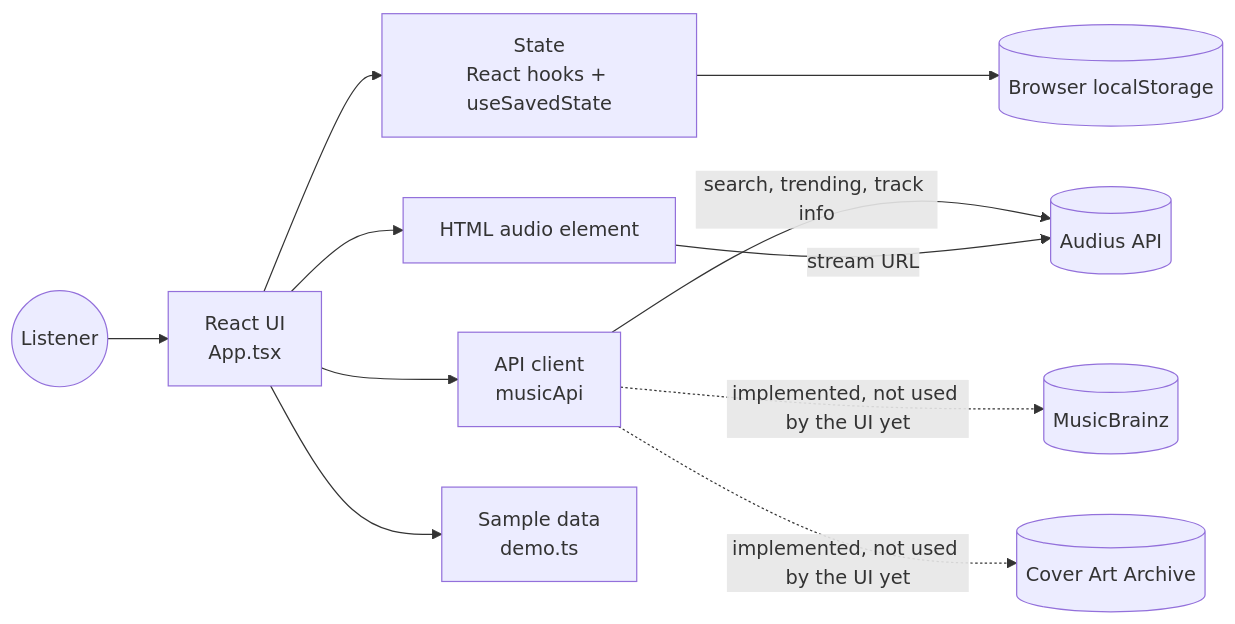
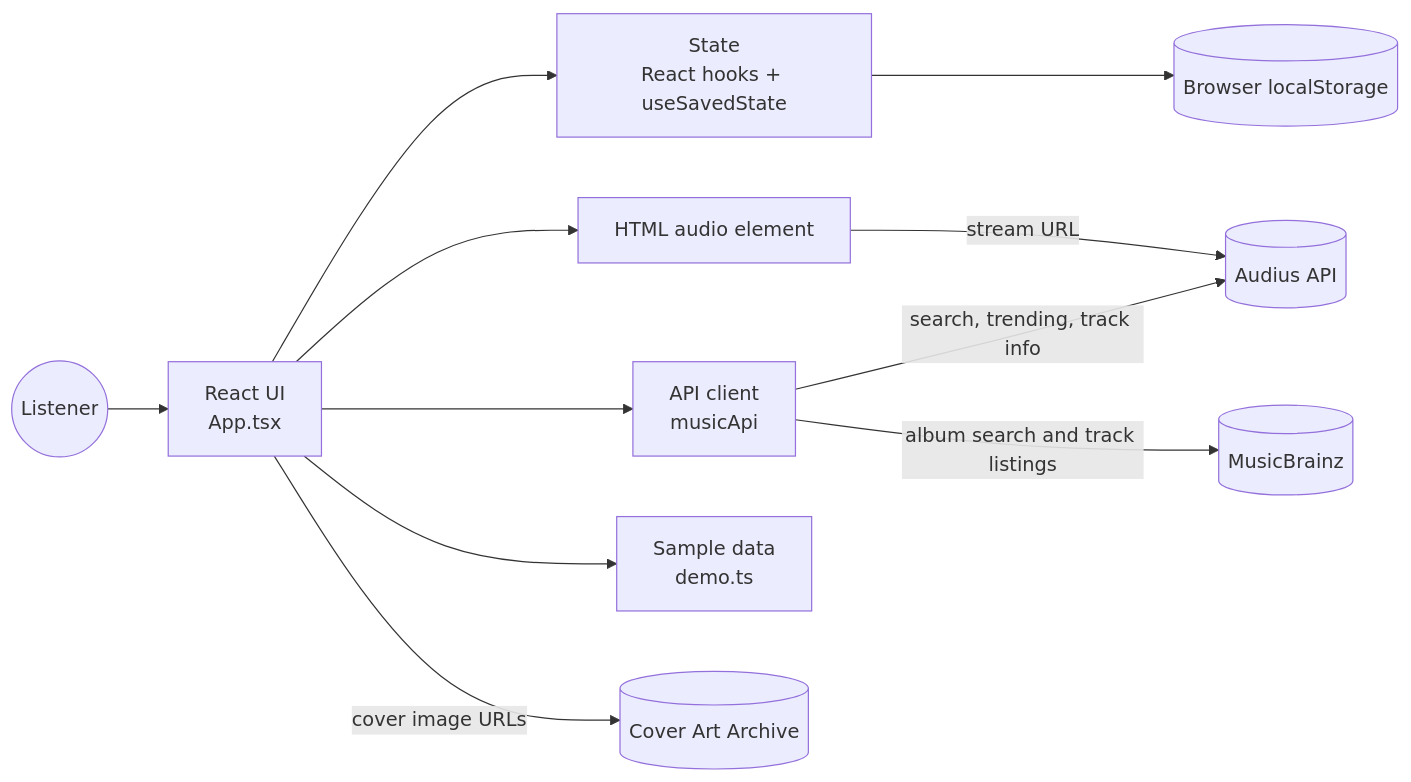
The first of 3 diagrams in architecture.md (baxodirabdugafforov7newuu/music-lab), drawn with Mermaid before and after one commit. The commit also changed other lines of this file and 24 other files, not shown here.

````diff
--- a/architecture.md
+++ b/architecture.md
@@ -20,13 +20,13 @@
 ```mermaid
 flowchart LR
   User((Listener)) --> UI[React UI<br/>App.tsx]
   UI --> State[State<br/>React hooks + useSavedState]
   State --> LS[(Browser localStorage)]
   UI --> API[API client<br/>musicApi]
   API -->|search, trending, track info| Audius[(Audius API)]
   UI --> Audio[HTML audio element]
   Audio -->|stream URL| Audius
   UI --> Demo[Sample data<br/>demo.ts]
-  API -.->|implemented, not used by the UI yet| MB[(MusicBrainz)]
-  API -.->|implemented, not used by the UI yet| CAA[(Cover Art Archive)]
+  API -->|album search and track listings| MB[(MusicBrainz)]
+  UI -->|cover image URLs| CAA[(Cover Art Archive)]
 ```
````
